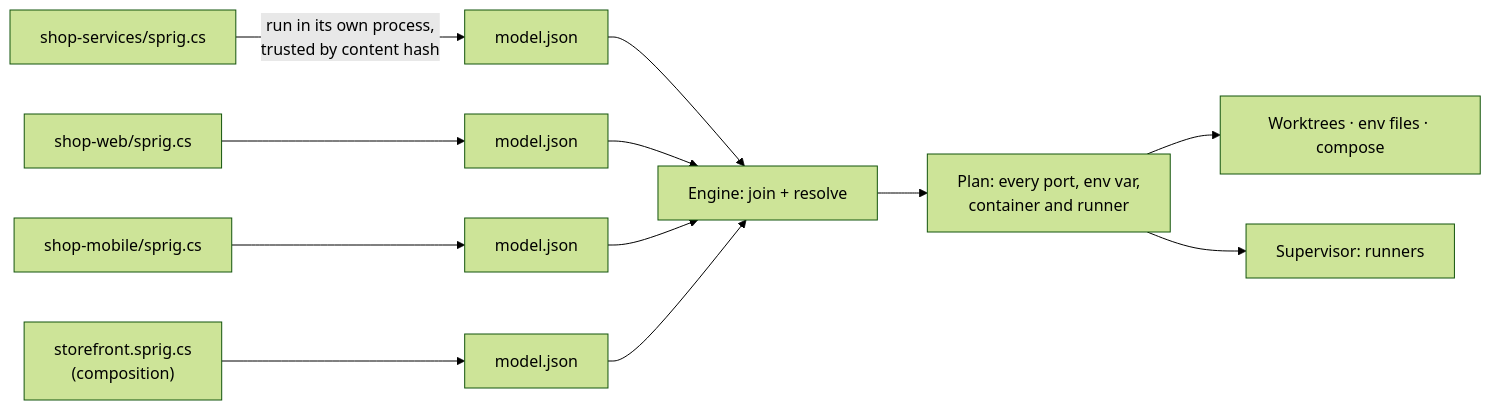
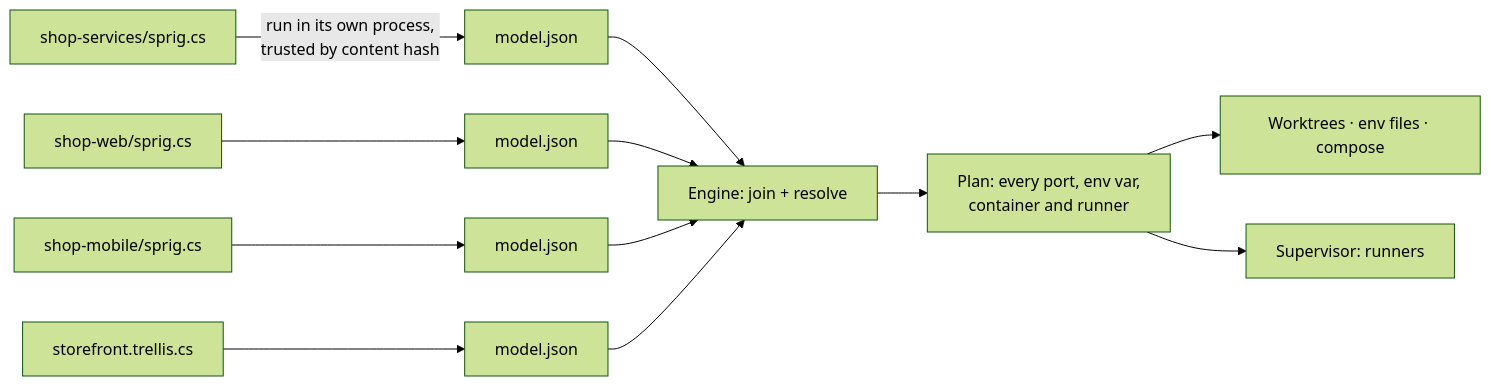
Before and after one commit to ArcticGizmo/sprig: the diagram in docs/experimental-roadmap.md, drawn with Mermaid (forest theme). The commit also changed other lines of this file and 5 other files, not shown here.

````diff
--- a/docs/experimental-roadmap.md
+++ b/docs/experimental-roadmap.md
@@ -34,11 +36,11 @@
 ```mermaid
 flowchart LR
   A["shop-services/sprig.cs"] -->|"run in its own process,<br/>trusted by content hash"| MA["model.json"]
   B["shop-web/sprig.cs"] --> MB["model.json"]
   C["shop-mobile/sprig.cs"] --> MC["model.json"]
-  S["storefront.sprig.cs<br/>(composition)"] --> MS["model.json"]
+  S["storefront.trellis.cs"] --> MS["model.json"]
   MA & MB & MC & MS --> E["Engine: join + resolve"]
   E --> P["Plan: every port, env var,<br/>container and runner"]
   P --> W["Worktrees · env files · compose"]
   P --> R["Supervisor: runners"]
 ```
````
